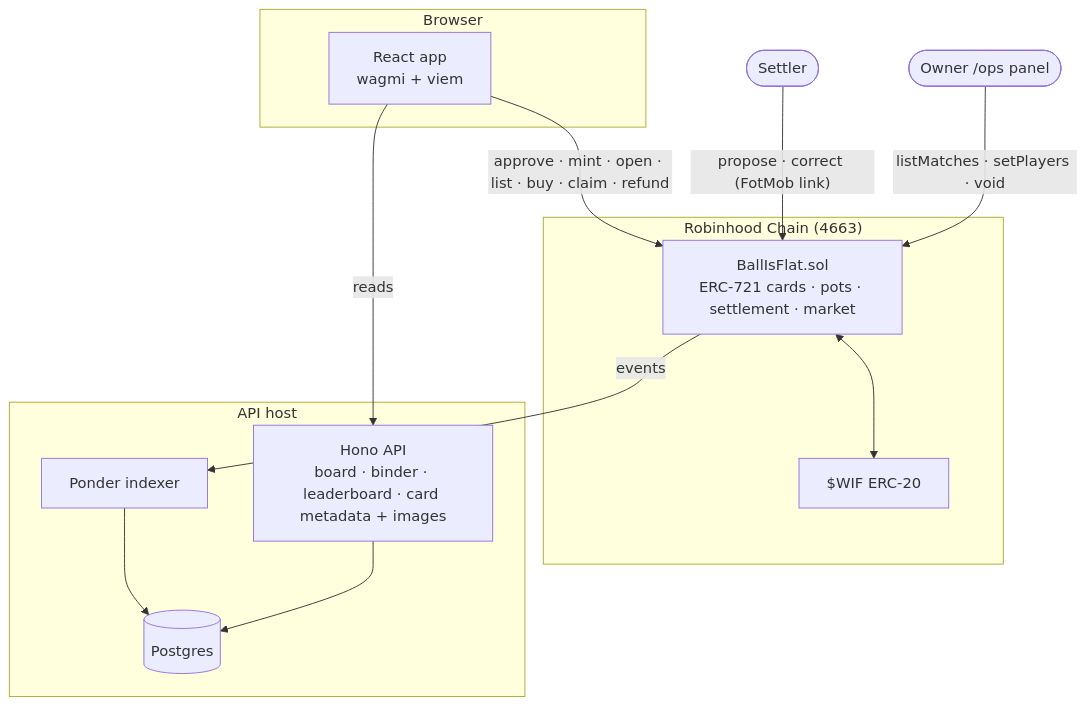
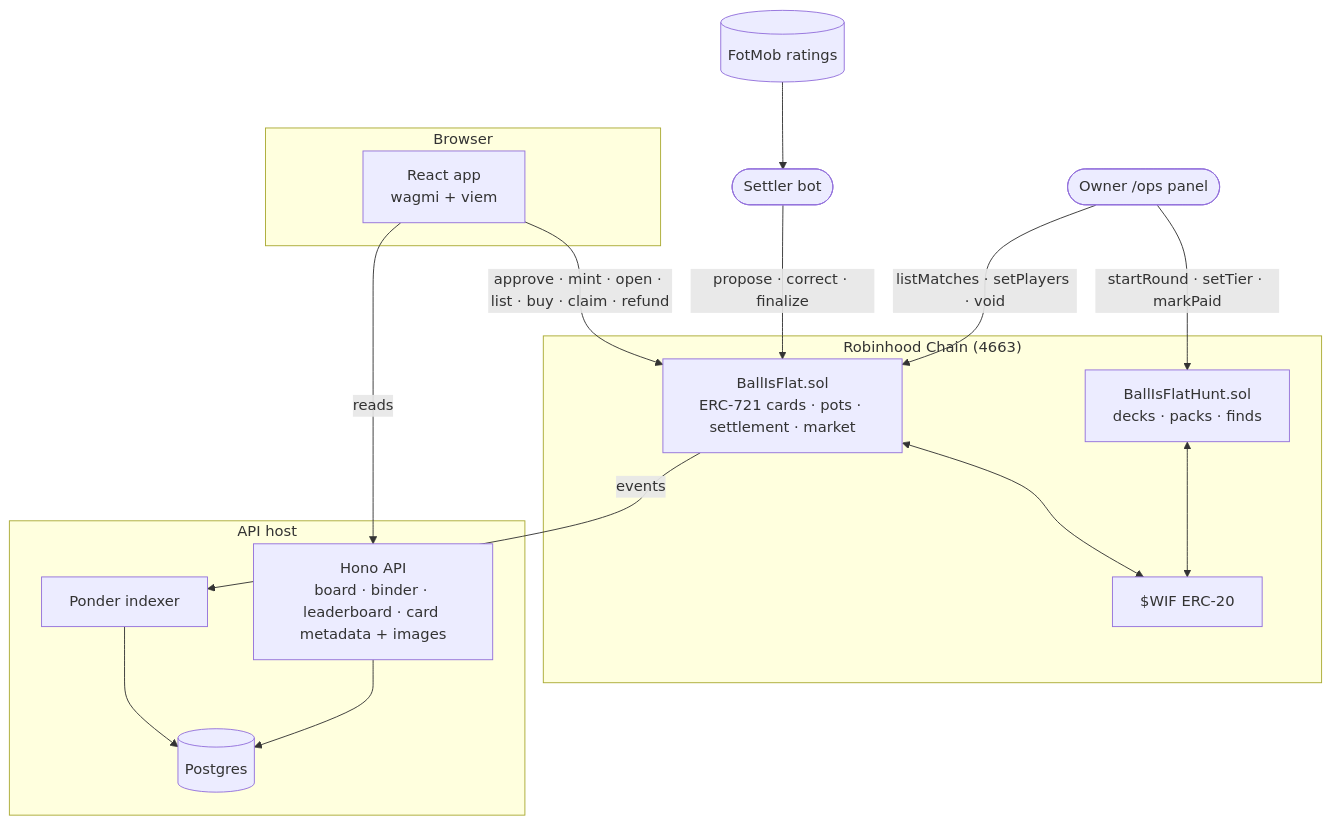
One commit to youvandra/BallisFlat changed the third of 3 diagrams in README.md. Above: the diagram before and after it, drawn with Mermaid. The commit also changed other lines of this file and 6 other files, not shown here.

Commit message:
docs(readme): new banner, the Hunt, Claim & Keep, settler bot, current test counts and screenshots

````diff
--- a/README.md
+++ b/README.md
@@ -148,21 +175,25 @@
 ```mermaid
 flowchart TB
     subgraph Chain["Robinhood Chain (4663)"]
         C[BallIsFlat.sol<br>ERC-721 cards · pots · settlement · market]
+        HU[BallIsFlatHunt.sol<br>decks · packs · finds]
         WIF[$WIF ERC-20]
         C <--> WIF
+        HU <--> WIF
     end
     subgraph Server["API host"]
         I[Ponder indexer] --> PG[(Postgres)]
         H[Hono API<br>board · binder · leaderboard · card metadata + images]
         H --> PG
     end
     subgraph Client["Browser"]
         A[React app<br>wagmi + viem]
     end
     C -- events --> I
     A -- reads --> H
     A -- "approve · mint · open · list · buy · claim · refund" --> C
-    ST([Settler]) -- "propose · correct (FotMob link)" --> C
+    FM[(FotMob ratings)] --> ST
+    ST([Settler bot]) -- "propose · correct · finalize" --> C
     O([Owner /ops panel]) -- "listMatches · setPlayers · void" --> C
+    O -- "startRound · setTier · markPaid" --> HU
 ```
````
